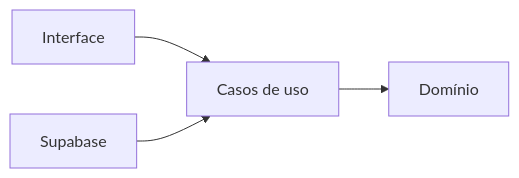
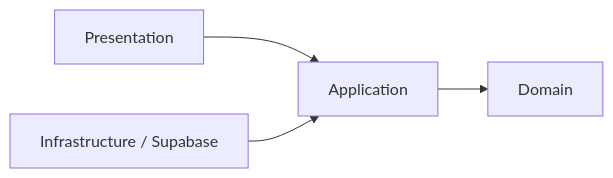
The diagram in README.md (JrDaliessi/fincontrol-showcase), drawn with Mermaid before and after one commit. The commit also changed other lines of this file and 9 other files, not shown here.

````diff
--- a/README.md
+++ b/README.md
@@ -30,6 +41,6 @@
 ```mermaid
 flowchart LR
-    UI[Interface] --> APP[Casos de uso]
-    APP --> DOMAIN[Domínio]
-    INFRA[Supabase] --> APP
+    UI[Presentation] --> APP[Application]
+    APP --> DOMAIN[Domain]
+    INFRA[Infrastructure / Supabase] --> APP
 ```
````
